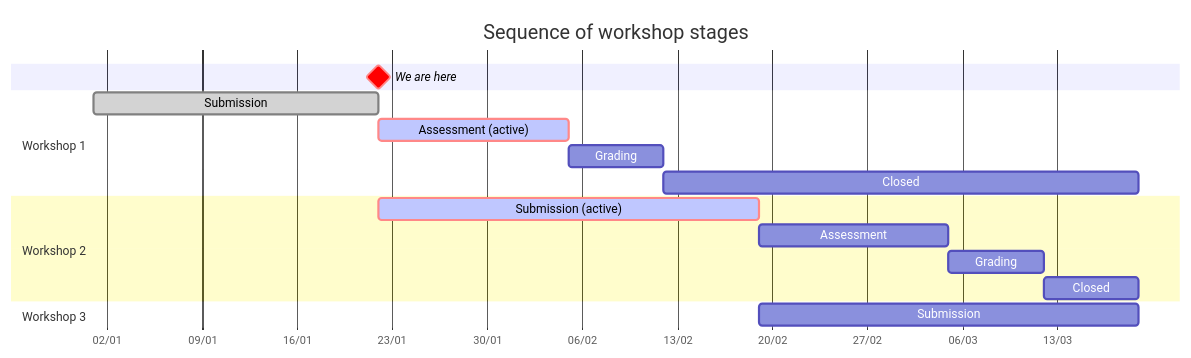
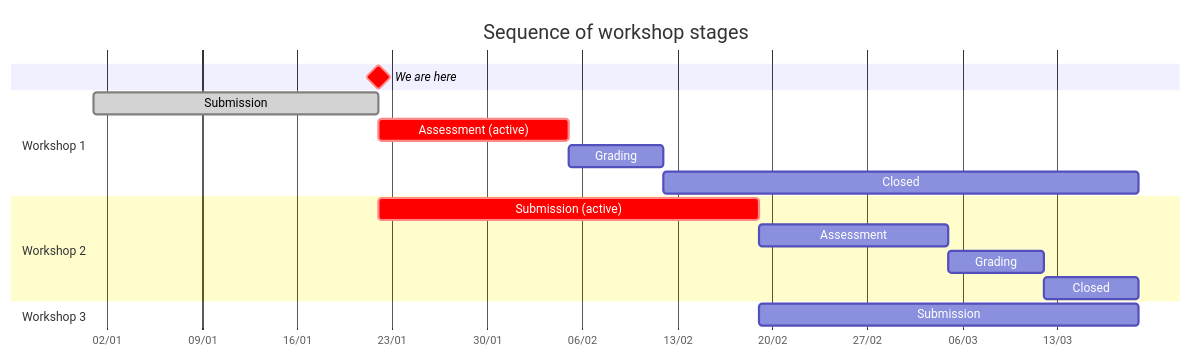
Before and after one commit to parisiam/scai-edu: the diagram in manuals/workshop.md, drawn with Mermaid.

````diff
--- a/manuals/workshop.md
+++ b/manuals/workshop.md
@@ -20,22 +20,22 @@
 ```mermaid
 gantt
   title Sequence of workshop stages
   %% this is a comment
-  dateFormat  D
+  dateFormat D
   axisFormat %d/%m
   todayMarker off
-  We are here : milestone, crit, after a1, 0d
+  We are here: milestone, crit, after a1, 0d
   section Workshop 1
     Submission: done, a1, 2022-01-01, 3w
-  	Assessment (active) : active, crit, a2, after a1, 2w
-	  Grading :a3, after a2, 1w
-  	Closed :after a3, 5w
+    Assessment (active): crit, a2, after a1, 2w
+    Grading: a3, after a2, 1w
+    Closed: after a3, 5w
   section Workshop 2
-	  Submission (active) :active, crit, b1, after a1, 4w
-  	Assessment :b2, after b1, 2w
-	  Grading :b3, after b2, 1w
-  	Closed :after b3, 1w
+    Submission (active): crit, b1, after a1, 4w
+    Assessment: b2, after b1, 2w
+    Grading: b3, after b2, 1w
+    Closed: after b3, 1w
   section Workshop 3
-	  Submission:c1, after b1, 4w
+    Submission:c1, after b1, 4w
 
 ```
````
